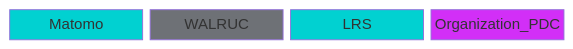
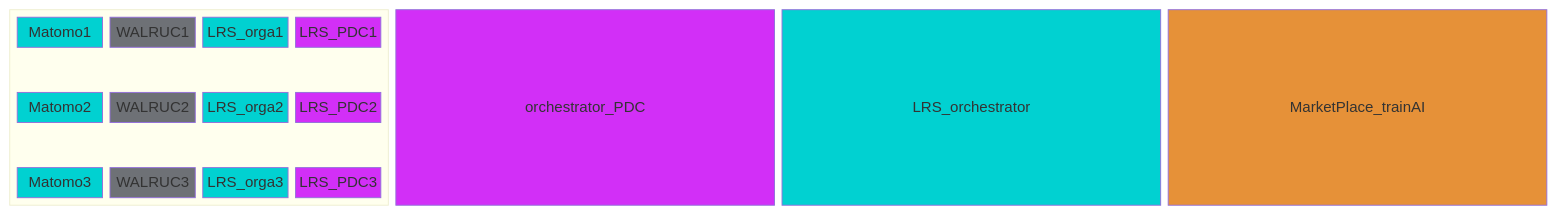
The second of 4 diagrams in docs/design-document.md (Prometheus-X-association/walruc), drawn with Mermaid before and after one commit. The commit also changed other lines of this file, not shown here.

````diff
--- a/docs/design-document.md
+++ b/docs/design-document.md
@@ -147,16 +166,34 @@
 ```mermaid
 
 block-beta
 
 columns 4
 
-Matomo:1 WALRUC:1 LRS:1 Organization_PDC:1
+block:group1
+columns 4
+Matomo1 WALRUC1 LRS_orga1 LRS_PDC1 space space space space Matomo2 WALRUC2 LRS_orga2 LRS_PDC2 space space space space Matomo3 WALRUC3 LRS_orga3 LRS_PDC3
+end
+
+orchestrator_PDC LRS_orchestrator MarketPlace_trainAI
+
 
 classDef colorA fill:#D22FF7,color:#fff
 classDef colorEx fill:#01D1D1,color:#fff
 classDef colorED fill:#6E7176,color:#fff
-class Matomo colorEx
-class LRS colorEx
-class WALRUC colorED
-class Organization_PDC colorA
+classDef colorMP fill:#e69138,color:#fff
+class Matomo1 colorEx
+class Matomo2 colorEx
+class Matomo3 colorEx
+class LRS_orga1 colorEx
+class LRS_orga2 colorEx
+class LRS_orga3 colorEx
+class LRS_orchestrator colorEx
+class WALRUC1 colorED
+class WALRUC2 colorED
+class WALRUC3 colorED
+class LRS_PDC1 colorA
+class LRS_PDC2 colorA
+class LRS_PDC3 colorA
+class orchestrator_PDC colorA
+class MarketPlace_trainAI colorMP
 ```
````
